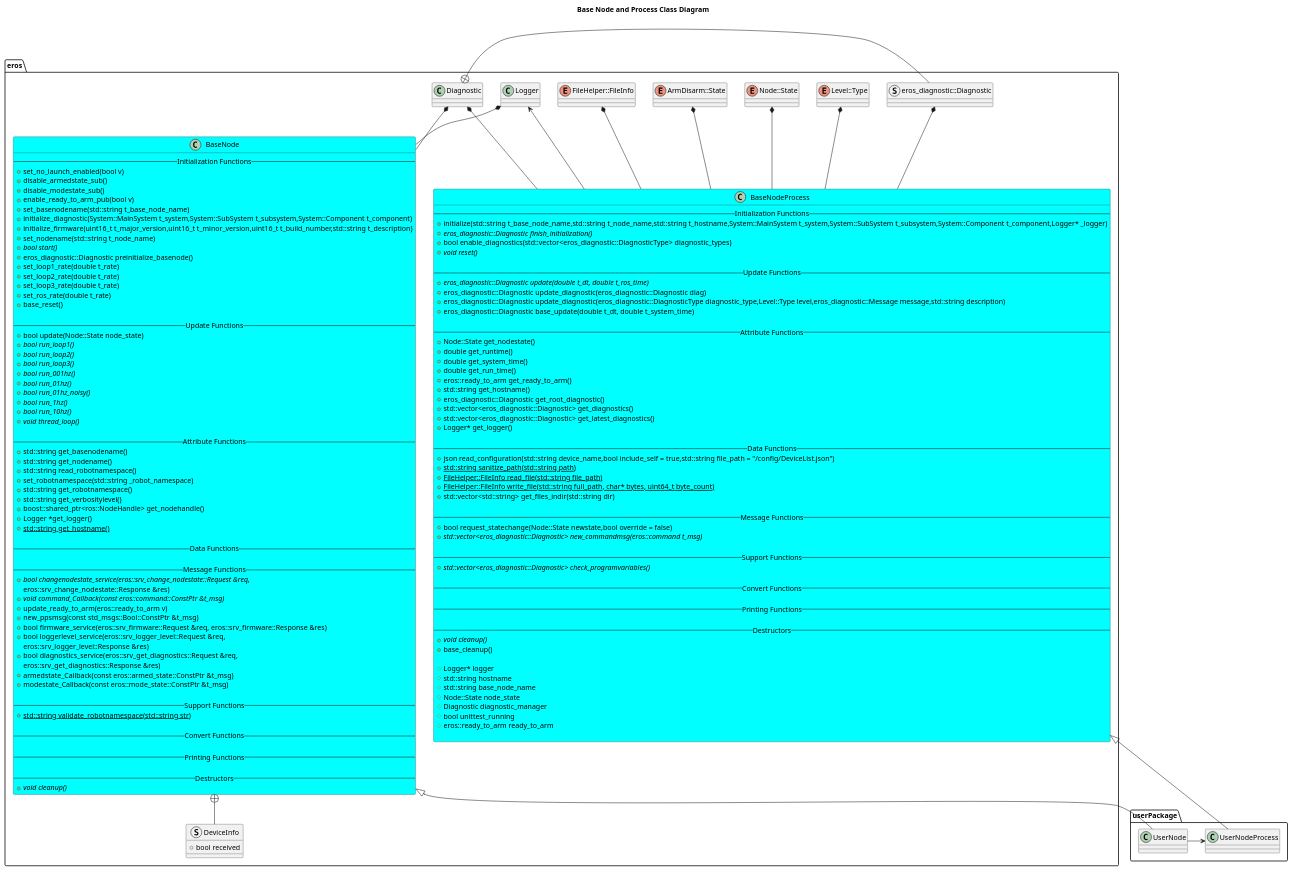
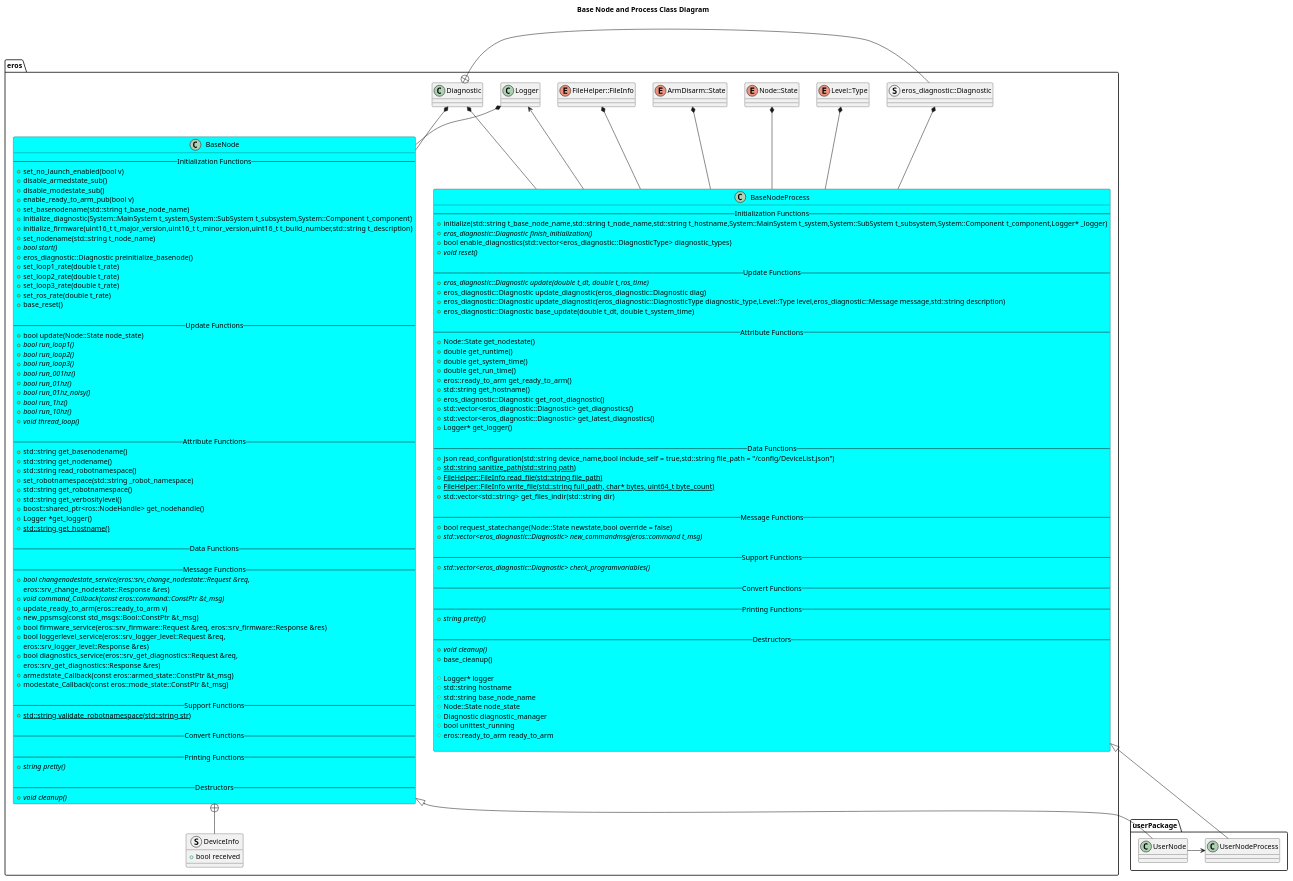
The diagram in include/eros/doc/BaseNodeClassDiagram.puml (dgitz/eros), drawn with PlantUML before and after one commit. The commit also changed 59 other files, not shown here.

First line of the commit message:
Bug 1371 missing sequence diagrams (#256)

```diff
--- a/include/eros/doc/BaseNodeClassDiagram.puml
+++ b/include/eros/doc/BaseNodeClassDiagram.puml
@@ -1,159 +1,161 @@
 @startuml
 title Base Node and Process Class Diagram
 package eros {
     together {
         enum Level::Type
         struct eros_diagnostic::Diagnostic
         enum Node::State
         class Logger
         enum ArmDisarm::State
         enum FileHelper::FileInfo
         class Diagnostic
     }
 
     Logger <-- BaseNodeProcess
     Level::Type *-- BaseNodeProcess
     eros_diagnostic::Diagnostic *-- BaseNodeProcess
     Node::State *-- BaseNodeProcess
     ArmDisarm::State *-- BaseNodeProcess
     FileHelper::FileInfo *-- BaseNodeProcess
     Diagnostic *-- BaseNodeProcess
     Diagnostic *-- BaseNode
     Logger *-- BaseNode
     Diagnostic +- eros_diagnostic::Diagnostic
     class BaseNodeProcess #Cyan {
         -- Initialization Functions --
         +initialize(std::string t_base_node_name,std::string t_node_name,std::string t_hostname,System::MainSystem t_system,System::SubSystem t_subsystem,System::Component t_component,Logger* _logger)
         +{abstract} eros_diagnostic::Diagnostic finish_initialization()
         +bool enable_diagnostics(std::vector<eros_diagnostic::DiagnosticType> diagnostic_types)
         +{abstract} void reset()
 
         -- Update Functions --
         +{abstract} eros_diagnostic::Diagnostic update(double t_dt, double t_ros_time)
         +eros_diagnostic::Diagnostic update_diagnostic(eros_diagnostic::Diagnostic diag)
         +eros_diagnostic::Diagnostic update_diagnostic(eros_diagnostic::DiagnosticType diagnostic_type,Level::Type level,eros_diagnostic::Message message,std::string description)
         +eros_diagnostic::Diagnostic base_update(double t_dt, double t_system_time)
 
         -- Attribute Functions --
         +Node::State get_nodestate()
         +double get_runtime()
         +double get_system_time() 
         +double get_run_time()
         +eros::ready_to_arm get_ready_to_arm()
         +std::string get_hostname()
         +eros_diagnostic::Diagnostic get_root_diagnostic()
         +std::vector<eros_diagnostic::Diagnostic> get_diagnostics()
         +std::vector<eros_diagnostic::Diagnostic> get_latest_diagnostics()
         +Logger* get_logger()
 
         -- Data Functions --
         +json read_configuration(std::string device_name,bool include_self = true,std::string file_path = "~/config/DeviceList.json")
         +{static} std::string sanitize_path(std::string path)
         +{static} FileHelper::FileInfo read_file(std::string file_path)
         +{static} FileHelper::FileInfo write_file(std::string full_path, char* bytes, uint64_t byte_count)
         +std::vector<std::string> get_files_indir(std::string dir)
 
         -- Message Functions --
         +bool request_statechange(Node::State newstate,bool override = false)
         +{abstract} std::vector<eros_diagnostic::Diagnostic> new_commandmsg(eros::command t_msg)
         
         -- Support Functions --
         +{abstract} std::vector<eros_diagnostic::Diagnostic> check_programvariables() 
 
         -- Convert Functions --
         
         -- Printing Functions --
+        +{abstract} string pretty()
 
         -- Destructors --
         +{abstract} void cleanup()
         +base_cleanup()
   
         #Logger* logger
         #std::string hostname
         #std::string base_node_name
         #Node::State node_state
         #Diagnostic diagnostic_manager
         #bool unittest_running
         #eros::ready_to_arm ready_to_arm
 
     }
     struct DeviceInfo {
         +bool received
     }
     class BaseNode #Cyan {
         -- Initialization Functions --
         +set_no_launch_enabled(bool v)
         +disable_armedstate_sub()
         +disable_modestate_sub()
         +enable_ready_to_arm_pub(bool v)
         +set_basenodename(std::string t_base_node_name)
         +initialize_diagnostic(System::MainSystem t_system,System::SubSystem t_subsystem,System::Component t_component)
         +initialize_firmware(uint16_t t_major_version,uint16_t t_minor_version,uint16_t t_build_number,std::string t_description)
         +set_nodename(std::string t_node_name)
         +{abstract} bool start()
         +eros_diagnostic::Diagnostic preinitialize_basenode()
         +set_loop1_rate(double t_rate)
         +set_loop2_rate(double t_rate)
         +set_loop3_rate(double t_rate)
         +set_ros_rate(double t_rate)
         +base_reset()
 
         -- Update Functions --
         +bool update(Node::State node_state)
         +{abstract} bool run_loop1()
         +{abstract} bool run_loop2()
         +{abstract} bool run_loop3()
         +{abstract} bool run_001hz()
         +{abstract} bool run_01hz()
         +{abstract} bool run_01hz_noisy()
         +{abstract} bool run_1hz()
         +{abstract} bool run_10hz()
         +{abstract} void thread_loop()
 
         -- Attribute Functions --
         +std::string get_basenodename()
         +std::string get_nodename()
         +std::string read_robotnamespace()
         +set_robotnamespace(std::string _robot_namespace)
         +std::string get_robotnamespace()
         +std::string get_verbositylevel()
         +boost::shared_ptr<ros::NodeHandle> get_nodehandle()
         +Logger *get_logger()
         +{static} std::string get_hostname()
 
         -- Data Functions --
 
         -- Message Functions --
         +{abstract} bool changenodestate_service(eros::srv_change_nodestate::Request &req,
                                             eros::srv_change_nodestate::Response &res)
         +{abstract} void command_Callback(const eros::command::ConstPtr &t_msg)
         +update_ready_to_arm(eros::ready_to_arm v)
         +new_ppsmsg(const std_msgs::Bool::ConstPtr &t_msg)
         +bool firmware_service(eros::srv_firmware::Request &req, eros::srv_firmware::Response &res)
         +bool loggerlevel_service(eros::srv_logger_level::Request &req,
                                 eros::srv_logger_level::Response &res)
         +bool diagnostics_service(eros::srv_get_diagnostics::Request &req,
                                 eros::srv_get_diagnostics::Response &res)
         +armedstate_Callback(const eros::armed_state::ConstPtr &t_msg)
         +modestate_Callback(const eros::mode_state::ConstPtr &t_msg)
 
         -- Support Functions --
         +{static} std::string validate_robotnamespace(std::string str)
 
         -- Convert Functions --
         
         -- Printing Functions --
+        +{abstract} string pretty()
 
         -- Destructors --
         +{abstract} void cleanup()
     }
     BaseNode +-- DeviceInfo
 }
 package userPackage {
     class UserNodeProcess
     class UserNode
     BaseNode <|-- UserNode
     BaseNodeProcess <|-- UserNodeProcess
     UserNode -> UserNodeProcess 
 }
 @enduml
```
